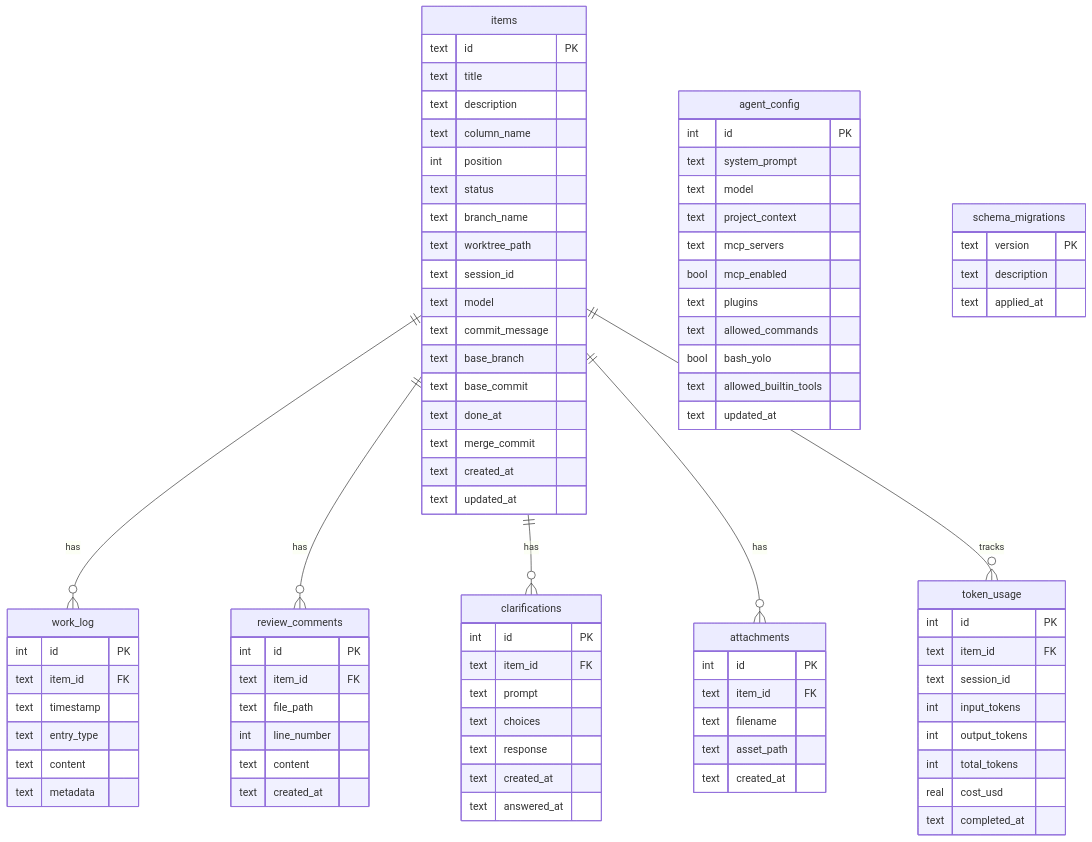
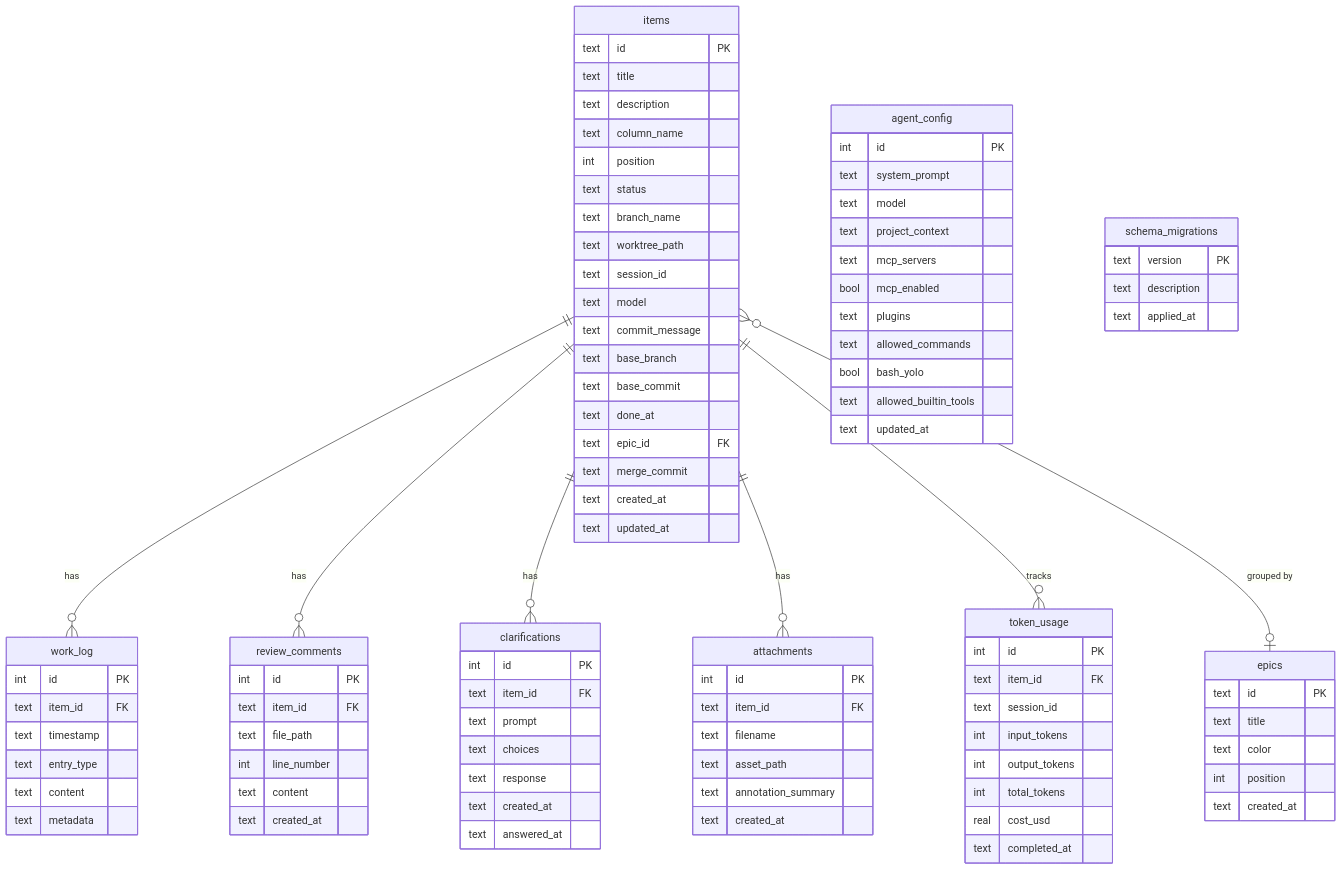
The fourth of 4 diagrams in README.md (epatel/claude-agents-dashboard), drawn with Mermaid before and after one commit. The commit also changed other lines of this file and 4 other files, not shown here.

Commit message:
Update all documentation for epics, annotation summary, and new test coverage (139→156 tests)

```diff
--- a/README.md
+++ b/README.md
@@ -228,6 +229,7 @@
     items ||--o{ clarifications : "has"
     items ||--o{ attachments : "has"
     items ||--o{ token_usage : "tracks"
+    items }o--o| epics : "grouped by"
 
     items {
         text id PK
@@ -244,9 +246,18 @@
         text base_branch
         text base_commit
         text done_at
+        text epic_id FK
         text merge_commit
         text created_at
         text updated_at
+    }
+
+    epics {
+        text id PK
+        text title
+        text color
+        int position
+        text created_at
     }
 
     work_log {
@@ -298,6 +309,7 @@
         text item_id FK
         text filename
         text asset_path
+        text annotation_summary
         text created_at
     }
 
```
